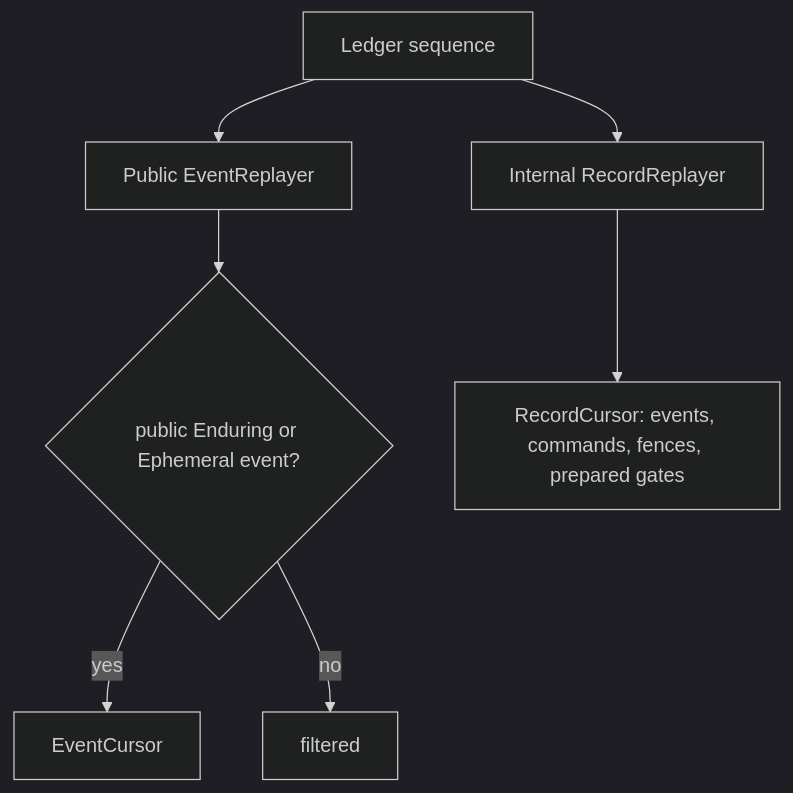
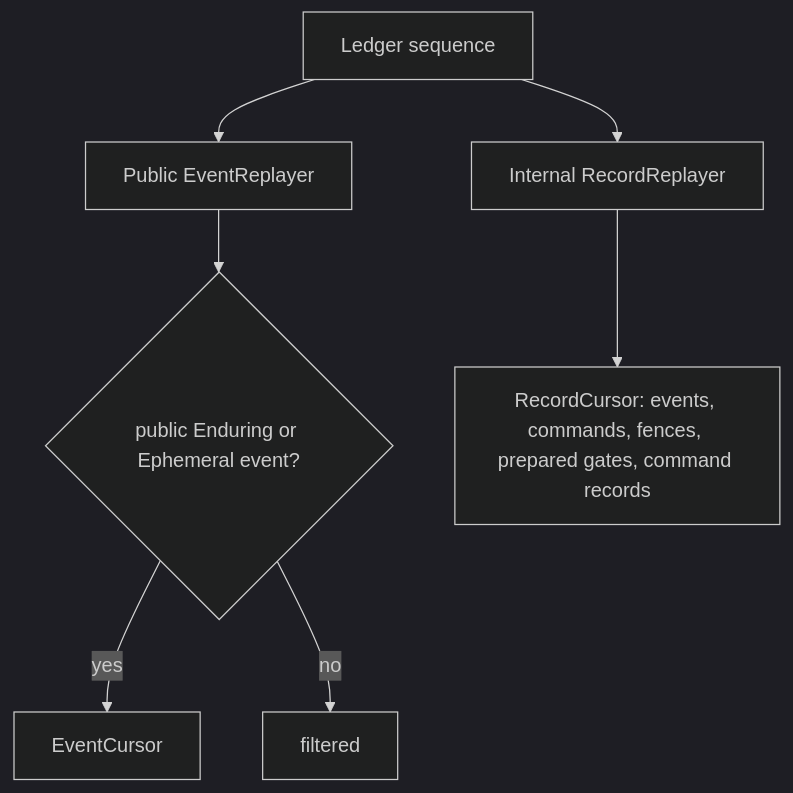
One commit to looprig/.github changed the diagram in docs/guides/harness/session-persistence/journal/replay.md. Above: the diagram before and after it, drawn with Mermaid. The commit also changed other lines of this file and 412 other files, not shown here.

````diff
--- a/docs/guides/harness/session-persistence/journal/replay.md
+++ b/docs/guides/harness/session-persistence/journal/replay.md
@@ -93,10 +99,10 @@
 ```mermaid
 %%{init: {"theme":"dark"}}%%
 flowchart TD
     L[Ledger sequence] --> E[Public EventReplayer]
     E --> V{public Enduring or Ephemeral event?}
     V -- yes --> EC[EventCursor]
     V -- no --> X[filtered]
     L --> I[Internal RecordReplayer]
-    I --> RC[RecordCursor: events, commands, fences, prepared gates]
+    I --> RC[RecordCursor: events, commands, fences, prepared gates, command records]
 ```
````
